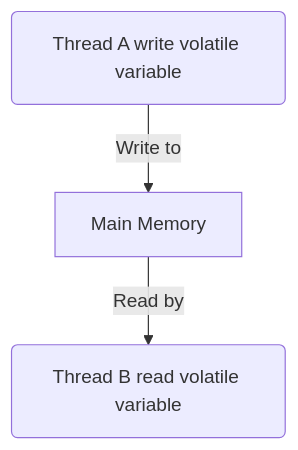
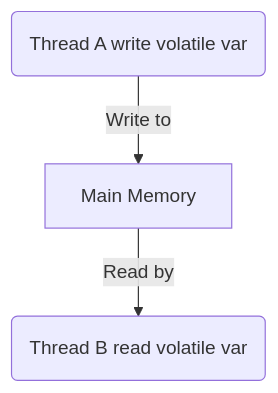
One commit to WillXing/WillXing.github.io changed the diagram in java/volatile.md. Above: the diagram before and after it, drawn with Mermaid.

````diff
--- a/java/volatile.md
+++ b/java/volatile.md
@@ -19,5 +19,5 @@
 ```mermaid
 graph TD;
-  A(Thread A write volatile variable) -->|Write to| B[Main Memory];
-  B -->|Read by| C(Thread B read volatile variable)
+  A(Thread A write volatile var) -->|Write to| B[Main Memory];
+  B -->|Read by| C(Thread B read volatile var)
 ```
````
